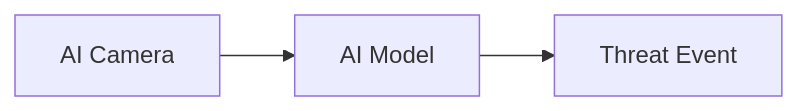
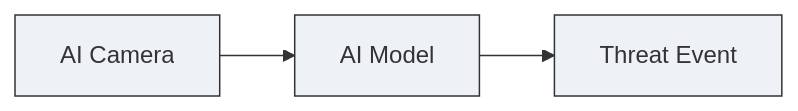
The second of 5 diagrams in task7-backend-documentation.md (azazmuzaffar/Newlauncher-5.0), drawn with Mermaid before and after one commit. The commit also changed other lines of this file, not shown here.

````diff
--- a/task7-backend-documentation.md
+++ b/task7-backend-documentation.md
@@ -54,4 +44,7 @@
 ```mermaid
 flowchart LR
     cam["AI Camera"] --> model["AI Model"] --> event["Threat Event"]
+    style cam fill:#eef1f6,stroke:#333
+    style model fill:#eef1f6,stroke:#333
+    style event fill:#eef1f6,stroke:#333
 ```
````
